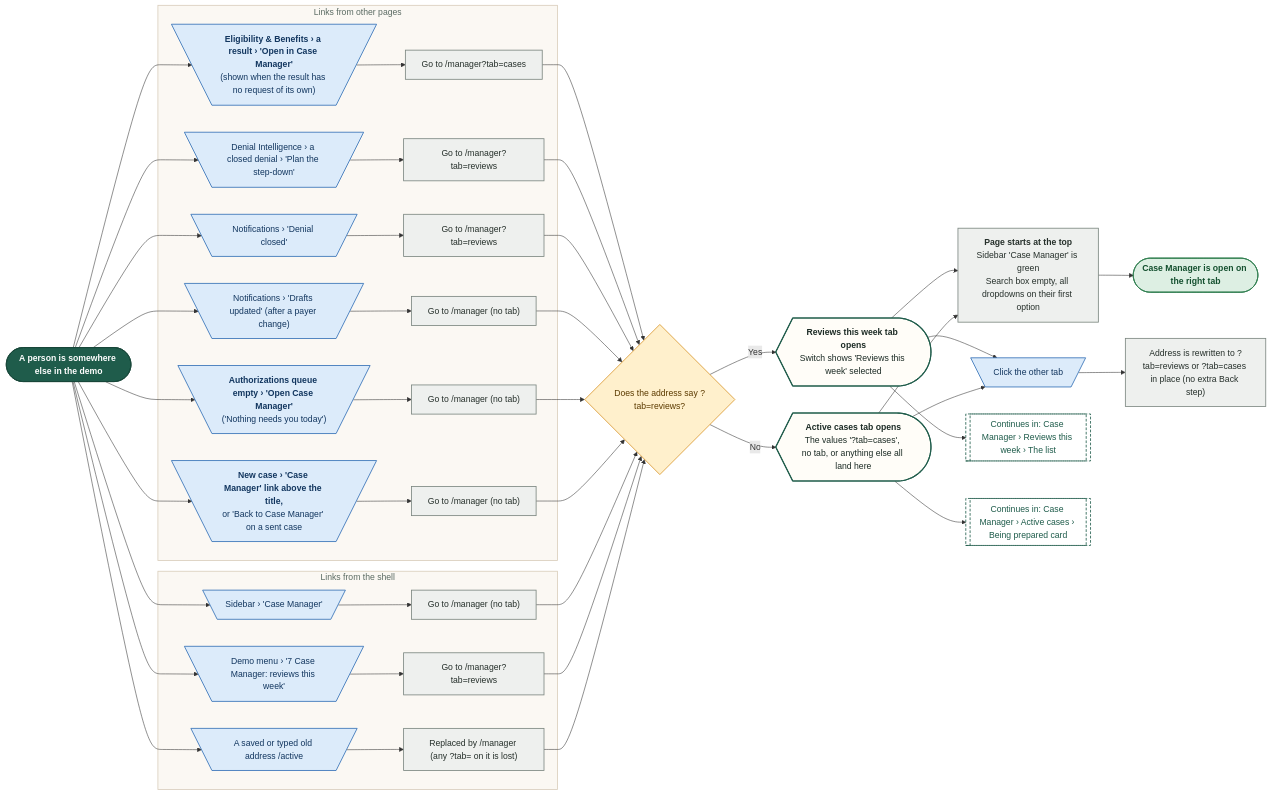
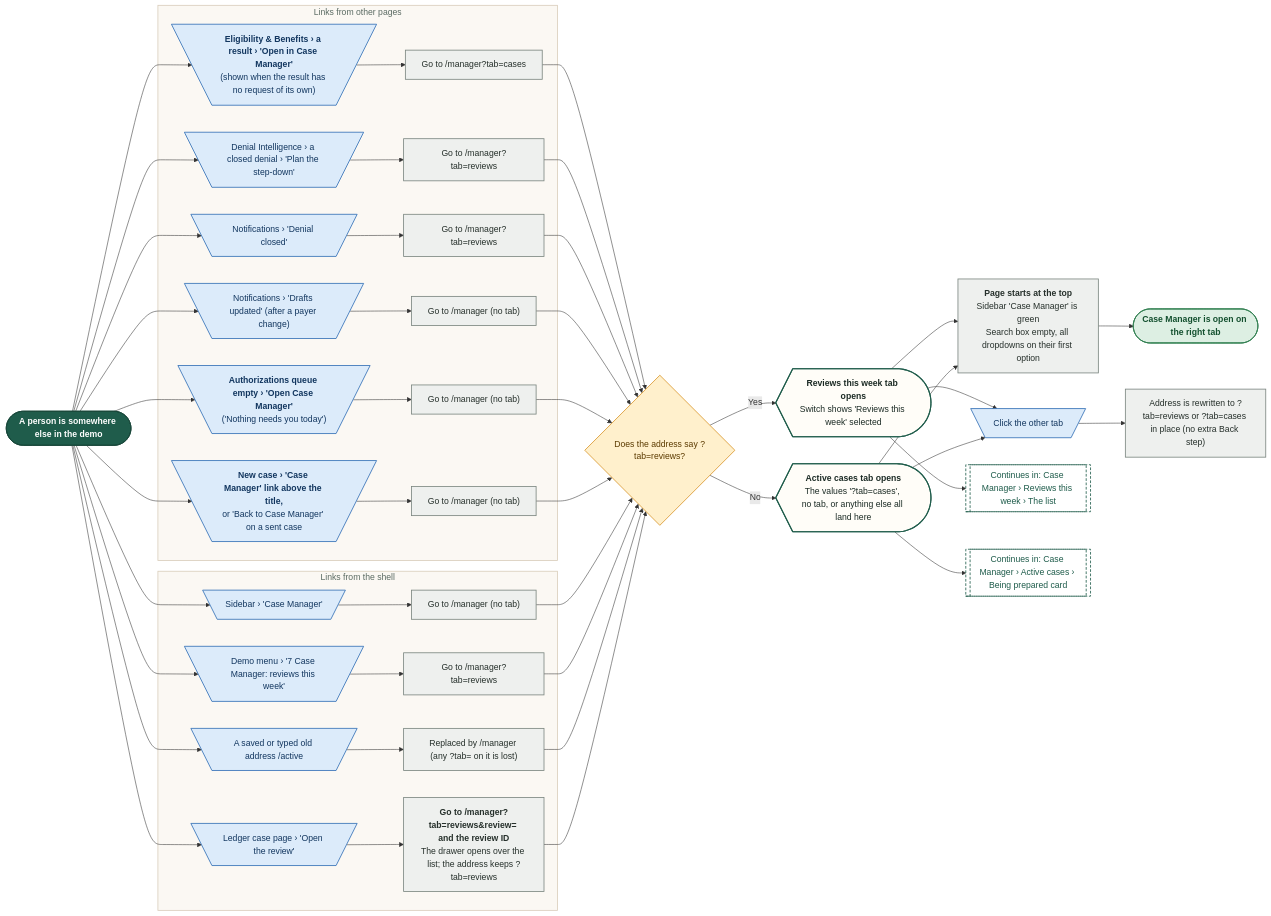
Diagram 20 of 21 in demos/prior-auth-demo/workflows/out/md/07-case-manager.md (Shrav143/psyfloapp), drawn with Mermaid before and after one commit. The commit also changed other lines of this file and 195 other files, not shown here.

First line of the commit message:
docs: Rebuild workflow diagrams after the demo fixes (220 diagrams)

````diff
--- a/demos/prior-auth-demo/workflows/out/md/07-case-manager.md
+++ b/demos/prior-auth-demo/workflows/out/md/07-case-manager.md
@@ -1202,79 +1438,82 @@
 ```mermaid
 %%{init: {"theme":"base","themeVariables":{"fontFamily":"'DM Sans', 'Segoe UI', system-ui, sans-serif","fontSize":"15px","lineColor":"#5B6B63","primaryTextColor":"#1C2B25","clusterBkg":"#FBF8F3","clusterBorder":"#D9CDBB","edgeLabelBackground":"#FFFFFF"},"flowchart":{"curve":"basis","nodeSpacing":36,"rankSpacing":48,"padding":12,"htmlLabels":true,"useMaxWidth":false,"wrappingWidth":230}} }%%
 flowchart LR
   classDef k_start fill:#1F5C4B,stroke:#174638,color:#FFFFFF,stroke-width:1.5px,font-weight:600
   classDef k_end fill:#DDEFE3,stroke:#2E7D4F,color:#14502F,stroke-width:1.5px,font-weight:600
   classDef k_endx fill:#FBE3E0,stroke:#C0392B,color:#7A1F16,stroke-width:1.5px,font-weight:600
   classDef k_screen fill:#FFFDF8,stroke:#1F5C4B,color:#1C2B25,stroke-width:2px
   classDef k_overlay fill:#F1F7F3,stroke:#1F5C4B,color:#1C2B25,stroke-width:2px,stroke-dasharray:5 3
   classDef k_click fill:#DCEBFA,stroke:#2F6DB5,color:#12365F,stroke-width:1.5px
   classDef k_input fill:#E4E7FF,stroke:#4C5FD5,color:#1D2670,stroke-width:1.5px
   classDef k_process fill:#EEF0EE,stroke:#7A857F,color:#26302B,stroke-width:1.5px
   classDef k_agent fill:#EEE5FA,stroke:#7A4FC2,color:#341A63,stroke-width:1.5px
   classDef k_decision fill:#FFF0CC,stroke:#D9962B,color:#5C3B00,stroke-width:1.5px
   classDef k_store fill:#D5F0EA,stroke:#1C8E7B,color:#0B4A3F,stroke-width:1.5px
   classDef k_doc fill:#F6E9DC,stroke:#B07A4C,color:#4A2E14,stroke-width:1.5px
   classDef k_ext fill:#FFE6D2,stroke:#E07B39,color:#6B2F06,stroke-width:1.5px
   classDef k_wait fill:#E4E8EE,stroke:#6B7C93,color:#26303D,stroke-width:1.5px
   classDef k_toast fill:#FFF9DB,stroke:#C9A400,color:#5A4A00,stroke-width:1.5px
   classDef k_goto fill:#FFFFFF,stroke:#1F5C4B,color:#1F5C4B,stroke-width:1.5px,stroke-dasharray:5 3
   s1@{ shape: stadium, label: "A person is somewhere else in the demo" }
   subgraph gOther ["Links from other pages"]
   c1@{ shape: trap-t, label: "<b>Eligibility & Benefits › a result › 'Open in Case Manager'</b><br/>(shown when the result has no request of its own)" }
   r1@{ shape: rect, label: "Go to /manager?tab=cases" }
   c2@{ shape: trap-t, label: "Denial Intelligence › a closed denial › 'Plan the step-down'" }
   r2@{ shape: rect, label: "Go to /manager?tab=reviews" }
   c3@{ shape: trap-t, label: "Notifications › 'Denial closed'" }
   r3@{ shape: rect, label: "Go to /manager?tab=reviews" }
   c4@{ shape: trap-t, label: "Notifications › 'Drafts updated' (after a payer change)" }
   r4@{ shape: rect, label: "Go to /manager (no tab)" }
   c5@{ shape: trap-t, label: "<b>Authorizations queue empty › 'Open Case Manager'</b><br/>('Nothing needs you today')" }
   r5@{ shape: rect, label: "Go to /manager (no tab)" }
   c6@{ shape: trap-t, label: "<b>New case › 'Case Manager' link above the title,</b><br/>or 'Back to Case Manager' on a sent case" }
   r6@{ shape: rect, label: "Go to /manager (no tab)" }
   end
   subgraph gShell ["Links from the shell"]
   c7@{ shape: trap-t, label: "Sidebar › 'Case Manager'" }
   r7@{ shape: rect, label: "Go to /manager (no tab)" }
   c8@{ shape: trap-t, label: "Demo menu › '7 Case Manager: reviews this week'" }
   r8@{ shape: rect, label: "Go to /manager?tab=reviews" }
   c9@{ shape: trap-t, label: "A saved or typed old address /active" }
   r9@{ shape: rect, label: "Replaced by /manager (any ?tab= on it is lost)" }
+  c11@{ shape: trap-t, label: "Ledger case page › 'Open the review'" }
+  r11@{ shape: rect, label: "<b>Go to /manager?tab=reviews&review= and the review ID</b><br/>The drawer opens over the list; the address keeps ?tab=reviews" }
   end
   d1@{ shape: diam, label: "Does the address say ?tab=reviews?" }
   sR@{ shape: curv-trap, label: "<b>Reviews this week tab opens</b><br/>Switch shows 'Reviews this week' selected" }
   sA@{ shape: curv-trap, label: "<b>Active cases tab opens</b><br/>The values '?tab=cases', no tab, or anything else all land here" }
   p1@{ shape: rect, label: "<b>Page starts at the top</b><br/>Sidebar 'Case Manager' is green<br/>Search box empty, all dropdowns on their first option" }
   c10@{ shape: trap-t, label: "Click the other tab" }
   p2@{ shape: rect, label: "Address is rewritten to ?tab=reviews or ?tab=cases in place (no extra Back step)" }
   g1@{ shape: subproc, label: "Continues in: Case Manager › Reviews this week › The list" }
   g2@{ shape: subproc, label: "Continues in: Case Manager › Active cases › Being prepared card" }
   e1@{ shape: stadium, label: "Case Manager is open on the right tab" }
-  s1 --> c1 & c2 & c3 & c4 & c5 & c6 & c7 & c8 & c9
+  s1 --> c1 & c2 & c3 & c4 & c5 & c6 & c7 & c8 & c9 & c11
   c1 --> r1
   c2 --> r2
   c3 --> r3
   c4 --> r4
   c5 --> r5
   c6 --> r6
   c7 --> r7
   c8 --> r8
   c9 --> r9
-  r1 & r2 & r3 & r4 & r5 & r6 & r7 & r8 & r9 --> d1
+  c11 --> r11
+  r1 & r2 & r3 & r4 & r5 & r6 & r7 & r8 & r9 & r11 --> d1
   d1 -->|"Yes"| sR --> p1
   d1 -->|"No"| sA --> p1
   p1 --> e1
   sR --> g1
   sA --> g2
   sR --> c10 --> p2
   sA --> c10
   class s1 k_start
-  class c1,c2,c3,c4,c5,c6,c7,c8,c9,c10 k_click
-  class r1,r2,r3,r4,r5,r6,r7,r8,r9,p1,p2 k_process
+  class c1,c2,c3,c4,c5,c6,c7,c8,c9,c11,c10 k_click
+  class r1,r2,r3,r4,r5,r6,r7,r8,r9,r11,p1,p2 k_process
   class d1 k_decision
   class sR,sA k_screen
   class g1,g2 k_goto
   class e1 k_end
   style gOther fill:#FBF8F3,stroke:#D9CDBB,stroke-width:1.5px,color:#5B6B63
   style gShell fill:#FBF8F3,stroke:#D9CDBB,stroke-width:1.5px,color:#5B6B63
 ```
````
